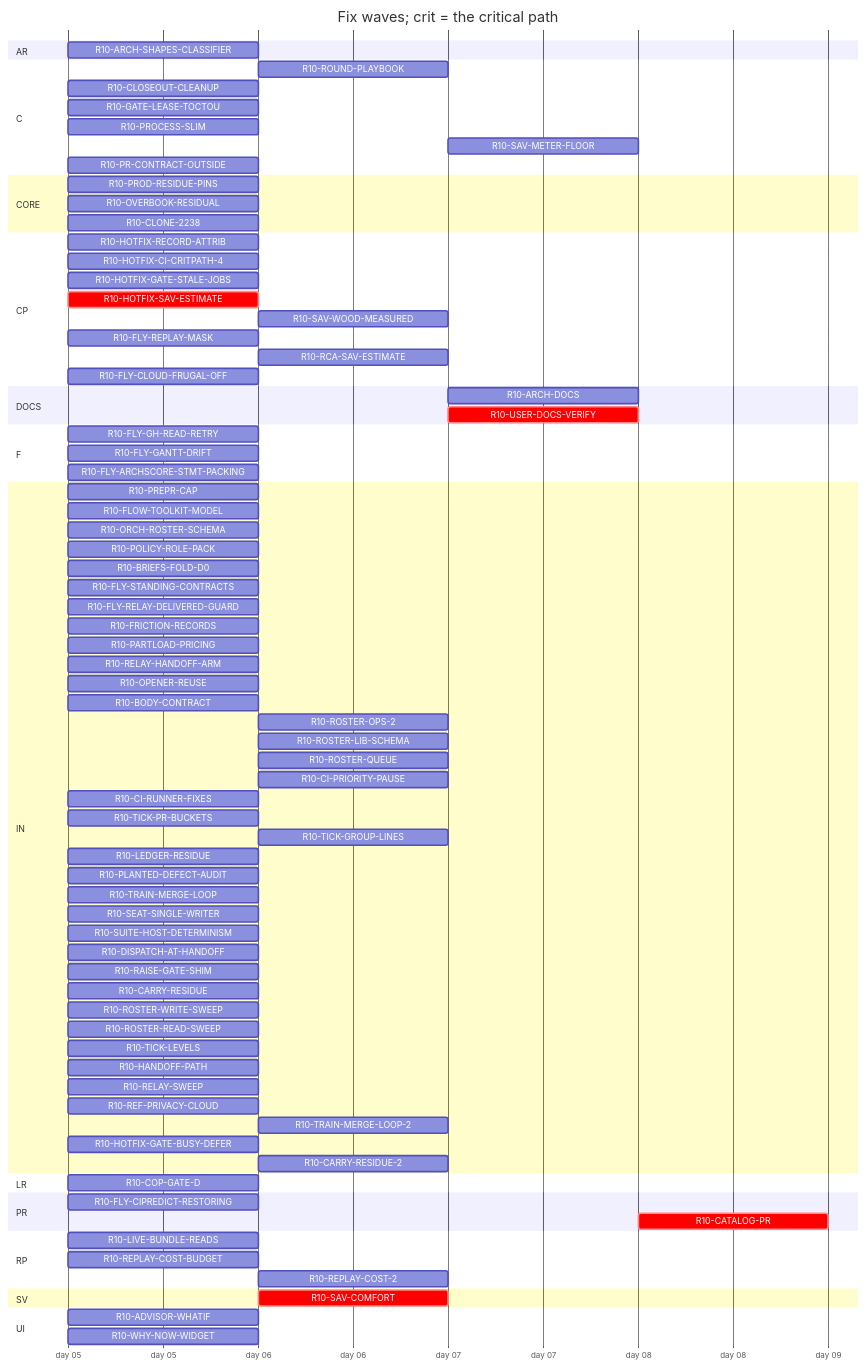
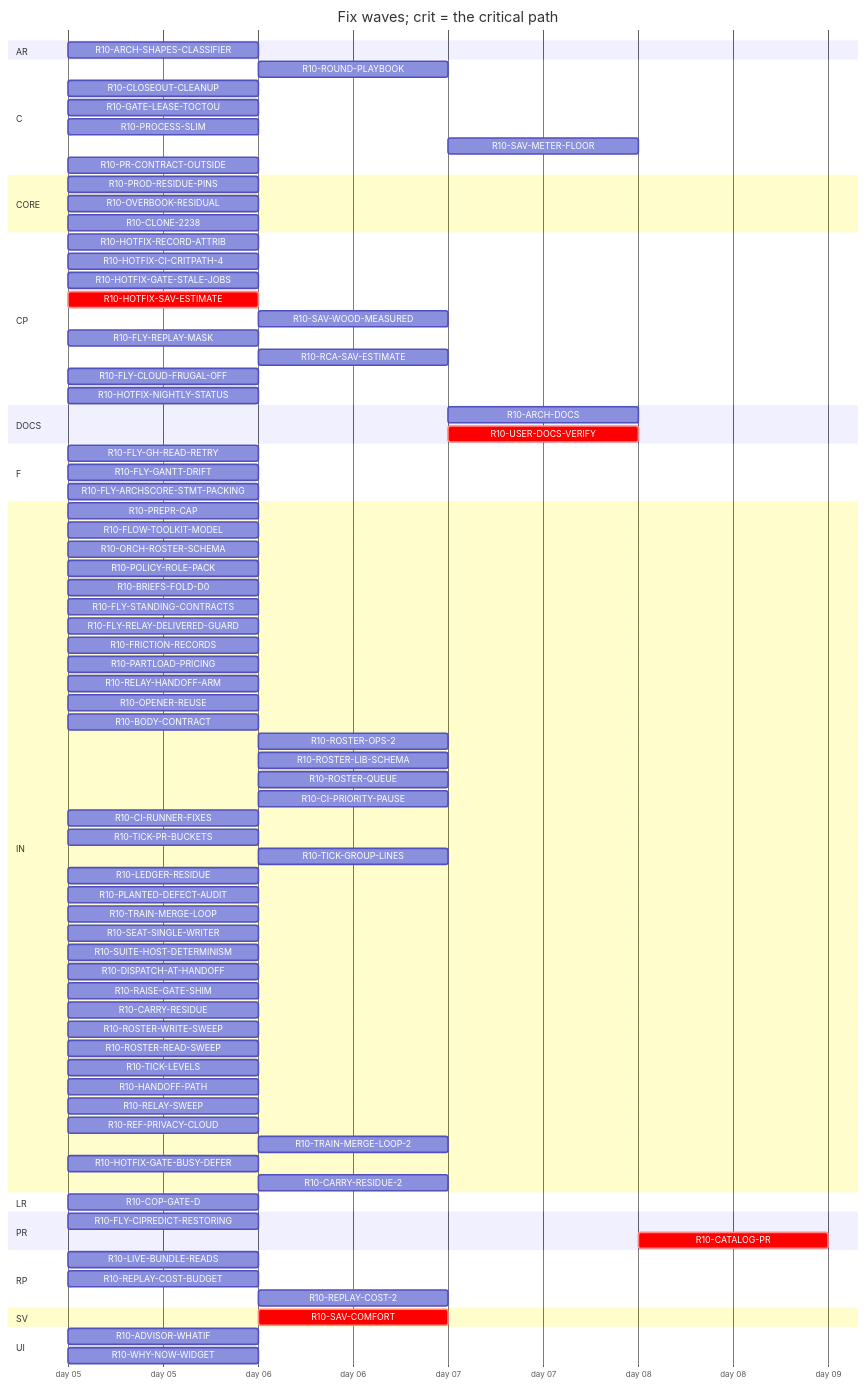
The diagram in handoff/round10/state/PLAN-TABLE.md (tvofi/heatpump_optimizer), drawn with Mermaid before and after one commit. The commit also changed other lines of this file and 4 other files, not shown here.

Commit message:
state: FLOW-BOARD.md, NEXT-SESSION-PROMPT.md, PLAN-TABLE.md, PLAN.html, RESUME-CURRENT.md regenerated (state_docs.py)

```diff
--- a/handoff/round10/state/PLAN-TABLE.md
+++ b/handoff/round10/state/PLAN-TABLE.md
@@ -49,6 +49,7 @@
     R10-FLY-REPLAY-MASK :r10FLYREPLAYMASK, 2026-01-05, 1d
     R10-RCA-SAV-ESTIMATE :r10RCASAVESTIMATE, after r10HOTFIXSAVESTIMATE, 1d
     R10-FLY-CLOUD-FRUGAL-OFF :r10FLYCLOUDFRUGALOFF, 2026-01-05, 1d
+    R10-HOTFIX-NIGHTLY-STATUS :r10HOTFIXNIGHTLYSTATUS, 2026-01-05, 1d
   section DOCS
     R10-ARCH-DOCS :r10ARCHDOCS, after r10CARRYRESIDUE r10OVERBOOKRESIDUAL r10CLONE2238 r10SAVCOMFORT r10COPGATED r10WHYNOWWIDGET r10PARTLOADPRICING r10ARCHSHAPESCLASSIFIER r10ADVISORWHATIF r10PRODRESIDUEPINS r10LIVEBUNDLEREADS r10REPLAYCOSTBUDGET r10PREPRCAP r10HANDOFFPATH r10RELAYSWEEP r10TRAINMERGELOOP r10DISPATCHATHANDOFF r10BODYCONTRACT r10TICKLEVELS r10CIPRIORITYPAUSE r10ROSTERWRITESWEEP r10ROSTERREADSWEEP r10FLYSTANDINGCONTRACTS r10POLICYROLEPACK r10FRICTIONRECORDS r10FLOWTOOLKITMODEL r10LEDGERRESIDUE r10CIRUNNERFIXES r10FLYCIPREDICTRESTORING r10RAISEGATESHIM r10PLANTEDDEFECTAUDIT r10FLYGHREADRETRY r10SUITEHOSTDETERMINISM, 1d
     R10-USER-DOCS-VERIFY :crit, r10USERDOCSVERIFY, after r10CARRYRESIDUE r10OVERBOOKRESIDUAL r10CLONE2238 r10SAVCOMFORT r10COPGATED r10WHYNOWWIDGET r10PARTLOADPRICING r10ARCHSHAPESCLASSIFIER r10ADVISORWHATIF r10PRODRESIDUEPINS r10LIVEBUNDLEREADS r10REPLAYCOSTBUDGET, 1d
```
